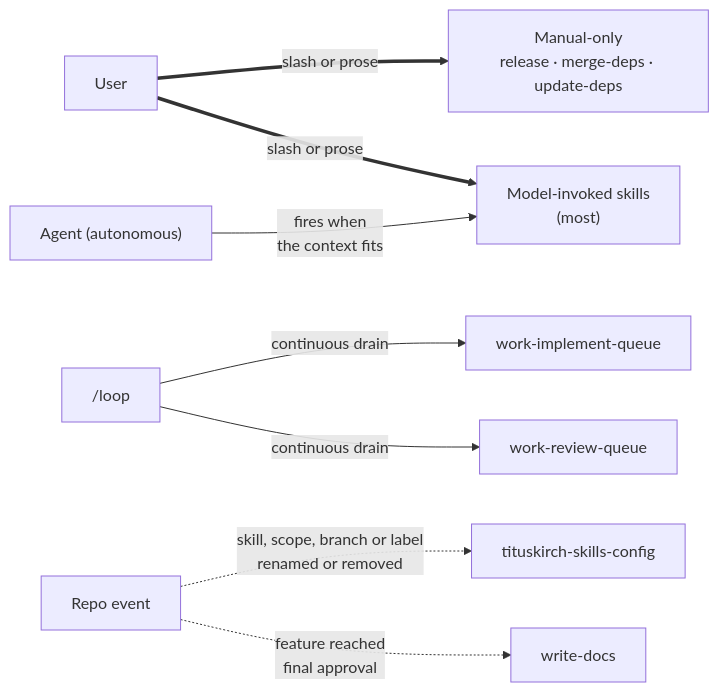
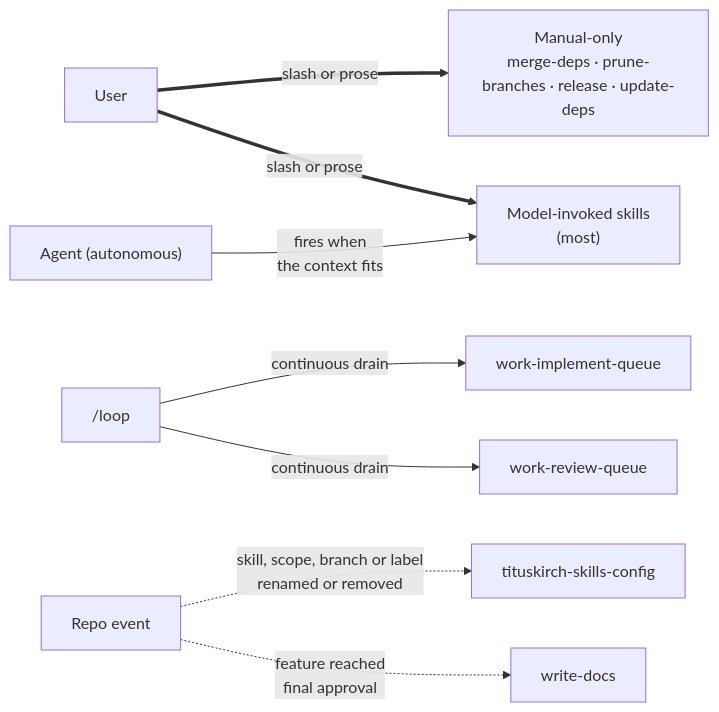
Before and after one commit to TitusKirch/skills: the first of 3 diagrams in docs/1.concepts/1.skill-interplay.md, drawn with Mermaid. The commit also changed other lines of this file and 1 other file, not shown here.

````diff
--- a/docs/1.concepts/1.skill-interplay.md
+++ b/docs/1.concepts/1.skill-interplay.md
@@ -27,22 +27,22 @@
 ```mermaid
 flowchart LR
   U["User"]
   AG["Agent (autonomous)"]
   LOOP["/loop"]
   EV["Repo event"]
 
-  MO["Manual-only<br/>release · merge-deps · update-deps"]
+  MO["Manual-only<br/>merge-deps · prune-branches · release · update-deps"]
   MI["Model-invoked skills<br/>(most)"]
   WIQ["work-implement-queue"]
   WRQ["work-review-queue"]
   CFG["tituskirch-skills-config"]
   WD["write-docs"]
 
   U ==>|"slash or prose"| MO
   U ==>|"slash or prose"| MI
   AG -->|"fires when<br/>the context fits"| MI
   LOOP -->|"continuous drain"| WIQ
   LOOP -->|"continuous drain"| WRQ
   EV -.->|"skill, scope, branch or label<br/>renamed or removed"| CFG
   EV -.->|"feature reached<br/>final approval"| WD
 ```
````
